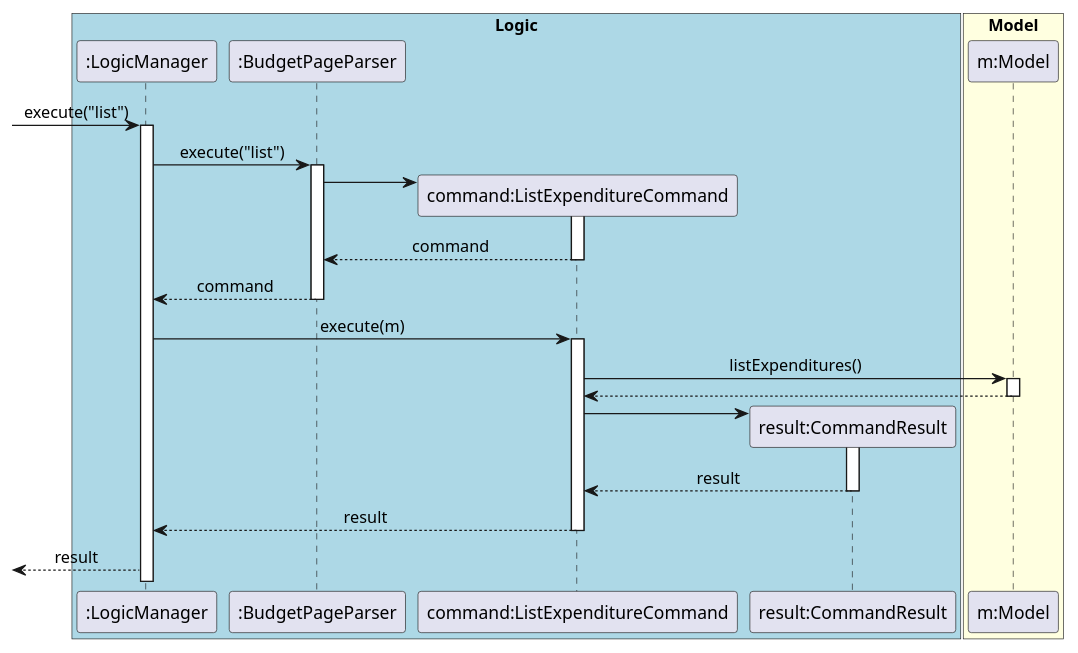
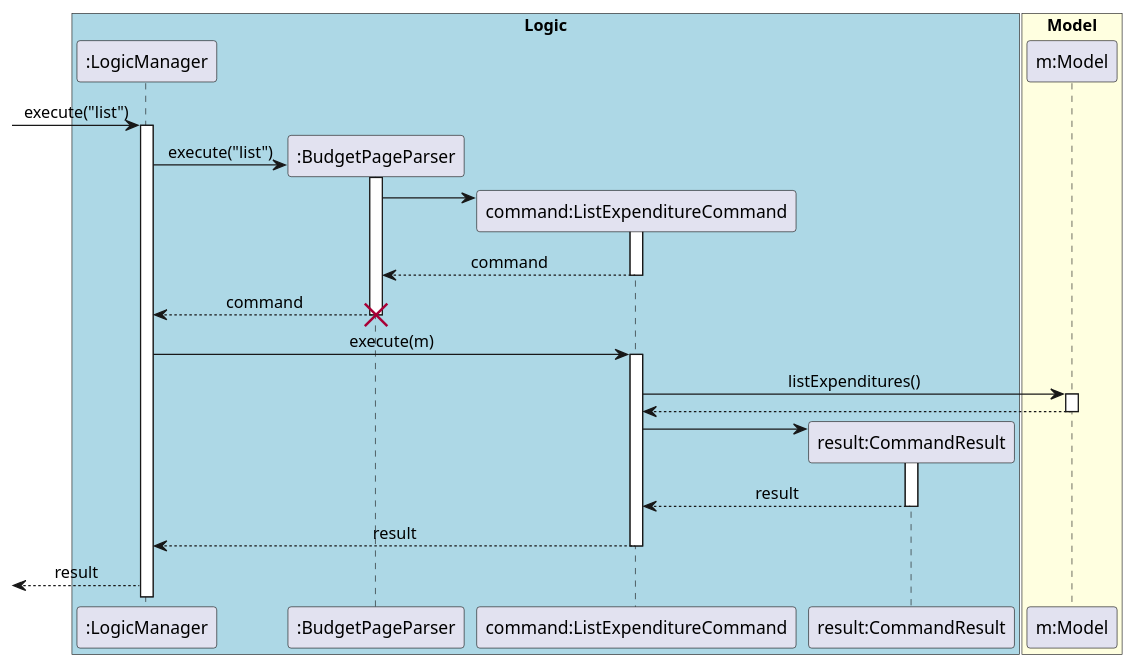
The diagram in docs/diagrams/commandsPlantUML/ListExpenditureCommand.puml (yu-ming-chen/tp), drawn with PlantUML before and after one commit. The commit also changed 8 other files, not shown here.

```diff
--- a/docs/diagrams/commandsPlantUML/ListExpenditureCommand.puml
+++ b/docs/diagrams/commandsPlantUML/ListExpenditureCommand.puml
@@ -1,48 +1,51 @@
 @startuml
 skinparam Sequence {
     MessageAlign center
 }
 box "Logic" #LightBlue
 participant ":LogicManager" as LM
 participant ":BudgetPageParser" as BPP
 participant "command:ListExpenditureCommand" as LEC
 participant "result:CommandResult" as CR
 end box
 
 box "Model" #LightYellow
 participant "m:Model" as M
 end box
 
 [-> LM : execute("list")
 activate LM
+create BPP
 LM -> BPP : execute("list")
+
 activate BPP
 
 create LEC
 BPP -> LEC
 activate LEC
 BPP <-- LEC : command
 deactivate LEC
 
 LM <-- BPP : command
 deactivate BPP
+destroy BPP
 LM -> LEC : execute(m)
 activate LEC
 
 LEC -> M : listExpenditures()
 activate M
 LEC <-- M
 deactivate M
 
 create CR
 LEC -> CR
 activate CR
 LEC <-- CR : result
 deactivate CR
 
 LM <-- LEC : result
 deactivate LEC
 [<-- LM : result
 
 
 @enduml
```
